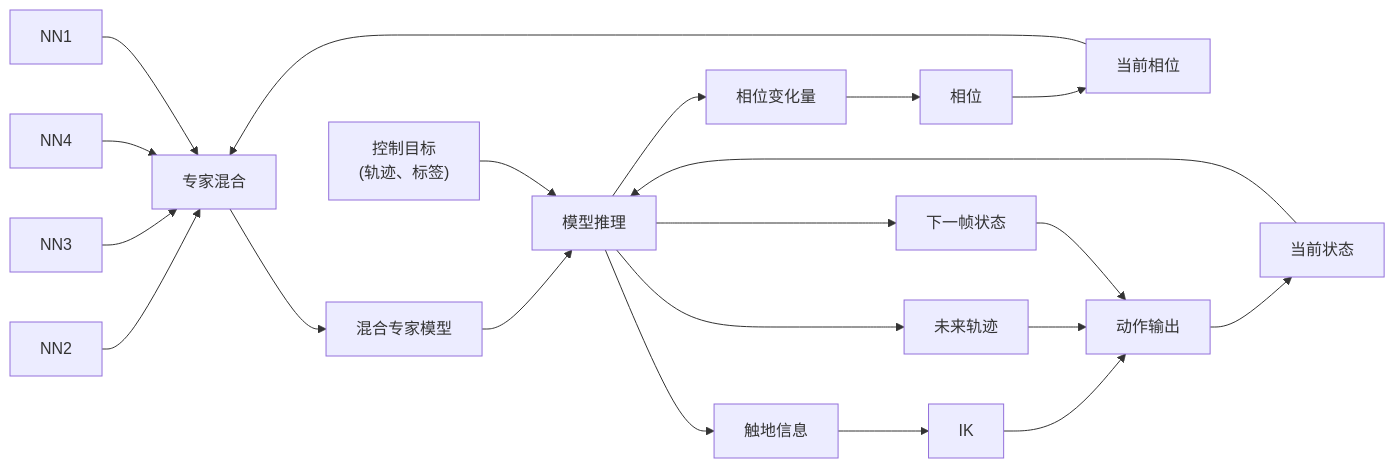
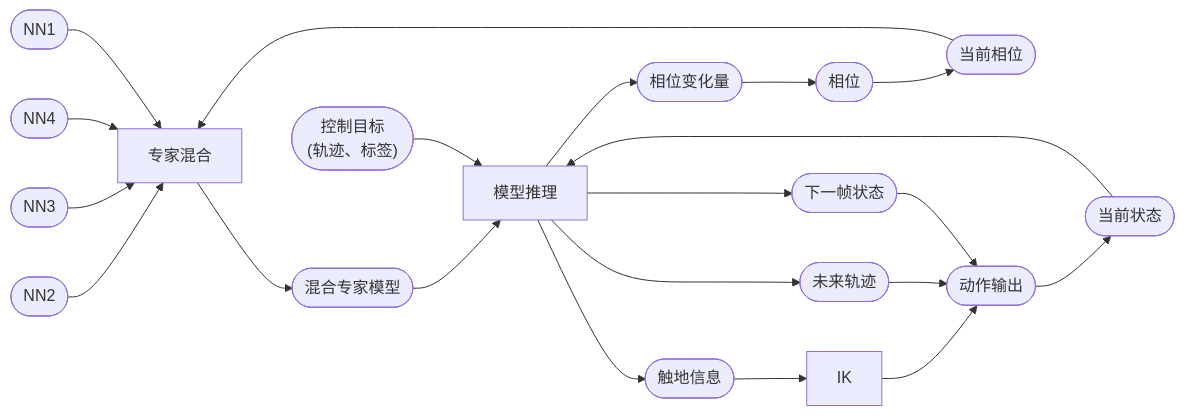
The fourth of 8 diagrams in src/MeshAnimation/SkeletonProxy/Locomotion.md (CaterpillarStudyGroup/ImportantArticles), drawn with Mermaid before and after one commit. The commit also changed 1 other file, not shown here.

````diff
--- a/src/MeshAnimation/SkeletonProxy/Locomotion.md
+++ b/src/MeshAnimation/SkeletonProxy/Locomotion.md
@@ -140,16 +140,16 @@
 ```mermaid
 flowchart LR
-    C[NN2]-->A
-    D[NN3] -->A
-    E[NN4] -->A
-    B[NN1] -->A[专家混合]
-    A-->F[混合专家模型]
+    C([NN2])-->A
+    D([NN3]) -->A
+    E([NN4]) -->A
+    B([NN1]) -->A[专家混合]
+    A-->F([混合专家模型])
     F-->G[模型推理]
-    H["控制目标<br>(轨迹、标签)"]-->G
-    J[当前状态]-->G
-    G -->K[相位变化量]-->P[相位]-->O[当前相位]
-    G -->L[触地信息]-->R[IK]-->N
-    G -->Q[未来轨迹]-->N
-    G -->M[下一帧状态]-->N[动作输出]-->J 
+    H(["控制目标<br>(轨迹、标签)"])-->G
+    J([当前状态])-->G
+    G -->K([相位变化量])-->P([相位])-->O([当前相位])
+    G -->L([触地信息])-->R[IK]-->N
+    G -->Q([未来轨迹])-->N
+    G -->M([下一帧状态])-->N([动作输出])-->J 
     O -->A
 ```
````
